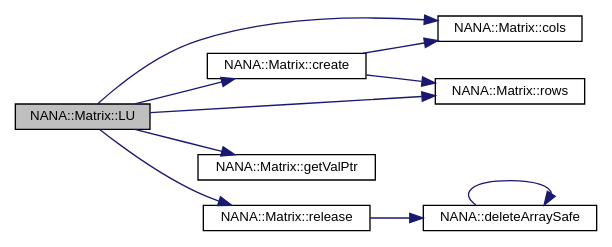
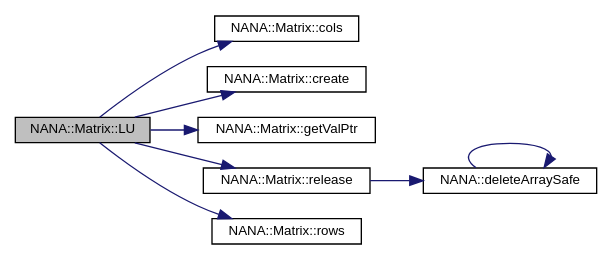
Before and after one commit to YuruTu/NANA: the diagram in docs/class_n_a_n_a_1_1_matrix_a4fa999237fe4b55b662bcd8e38707d1e_cgraph.dot, drawn with Graphviz. The commit also changed 83 other files, not shown here.

```diff
--- a/docs/class_n_a_n_a_1_1_matrix_a4fa999237fe4b55b662bcd8e38707d1e_cgraph.dot
+++ b/docs/class_n_a_n_a_1_1_matrix_a4fa999237fe4b55b662bcd8e38707d1e_cgraph.dot
@@ -1,23 +1,21 @@
 digraph "NANA::Matrix::LU"
 {
  // LATEX_PDF_SIZE
   edge [fontname="Helvetica",fontsize="10",labelfontname="Helvetica",labelfontsize="10"];
   node [fontname="Helvetica",fontsize="10",shape=record];
   rankdir="LR";
   Node1 [label="NANA::Matrix::LU",height=0.2,width=0.4,color="black", fillcolor="grey75", style="filled", fontcolor="black",tooltip="实现矩阵的LU分解"];
   Node1 -> Node2 [color="midnightblue",fontsize="10",style="solid",fontname="Helvetica"];
   Node2 [label="NANA::Matrix::cols",height=0.2,width=0.4,color="black", fillcolor="white", style="filled",URL="$class_n_a_n_a_1_1_matrix.html#a5e7705b4d776c325b12b0599c021f607",tooltip="获取矩阵的列数"];
   Node1 -> Node3 [color="midnightblue",fontsize="10",style="solid",fontname="Helvetica"];
   Node3 [label="NANA::Matrix::create",height=0.2,width=0.4,color="black", fillcolor="white", style="filled",URL="$class_n_a_n_a_1_1_matrix.html#a9143733c65d050c962bb9ea8fe03d19b",tooltip="申请内存"];
-  Node3 -> Node2 [color="midnightblue",fontsize="10",style="solid",fontname="Helvetica"];
-  Node3 -> Node4 [color="midnightblue",fontsize="10",style="solid",fontname="Helvetica"];
-  Node4 [label="NANA::Matrix::rows",height=0.2,width=0.4,color="black", fillcolor="white", style="filled",URL="$class_n_a_n_a_1_1_matrix.html#a59af2b31be0c8625466dea7fa5a36afa",tooltip="获取矩阵的行数"];
+  Node1 -> Node4 [color="midnightblue",fontsize="10",style="solid",fontname="Helvetica"];
+  Node4 [label="NANA::Matrix::getValPtr",height=0.2,width=0.4,color="black", fillcolor="white", style="filled",URL="$class_n_a_n_a_1_1_matrix.html#ad485083f69fb71a764e8985322b8fb3e",tooltip="获取值的指针"];
   Node1 -> Node5 [color="midnightblue",fontsize="10",style="solid",fontname="Helvetica"];
-  Node5 [label="NANA::Matrix::getValPtr",height=0.2,width=0.4,color="black", fillcolor="white", style="filled",URL="$class_n_a_n_a_1_1_matrix.html#ad485083f69fb71a764e8985322b8fb3e",tooltip="获取值的指针"];
-  Node1 -> Node6 [color="midnightblue",fontsize="10",style="solid",fontname="Helvetica"];
-  Node6 [label="NANA::Matrix::release",height=0.2,width=0.4,color="black", fillcolor="white", style="filled",URL="$class_n_a_n_a_1_1_matrix.html#af89b2a36817707cc891210384ac59f98",tooltip="释放已申请的内存"];
-  Node6 -> Node7 [color="midnightblue",fontsize="10",style="solid",fontname="Helvetica"];
-  Node7 [label="NANA::deleteArraySafe",height=0.2,width=0.4,color="black", fillcolor="white", style="filled",URL="$safememory_8hpp.html#a4ef1679be806b08b4ac9941cb4045adb",tooltip="deleteArraySafe 安全释放 xxx * a = new xxx[num];申请的内存"];
-  Node7 -> Node7 [color="midnightblue",fontsize="10",style="solid",fontname="Helvetica"];
-  Node1 -> Node4 [color="midnightblue",fontsize="10",style="solid",fontname="Helvetica"];
+  Node5 [label="NANA::Matrix::release",height=0.2,width=0.4,color="black", fillcolor="white", style="filled",URL="$class_n_a_n_a_1_1_matrix.html#af89b2a36817707cc891210384ac59f98",tooltip="释放已申请的内存"];
+  Node5 -> Node6 [color="midnightblue",fontsize="10",style="solid",fontname="Helvetica"];
+  Node6 [label="NANA::deleteArraySafe",height=0.2,width=0.4,color="black", fillcolor="white", style="filled",URL="$safememory_8hpp.html#a4ef1679be806b08b4ac9941cb4045adb",tooltip="deleteArraySafe 安全释放 xxx * a = new xxx[num];申请的内存"];
+  Node6 -> Node6 [color="midnightblue",fontsize="10",style="solid",fontname="Helvetica"];
+  Node1 -> Node7 [color="midnightblue",fontsize="10",style="solid",fontname="Helvetica"];
+  Node7 [label="NANA::Matrix::rows",height=0.2,width=0.4,color="black", fillcolor="white", style="filled",URL="$class_n_a_n_a_1_1_matrix.html#a59af2b31be0c8625466dea7fa5a36afa",tooltip="获取矩阵的行数"];
 }
```
